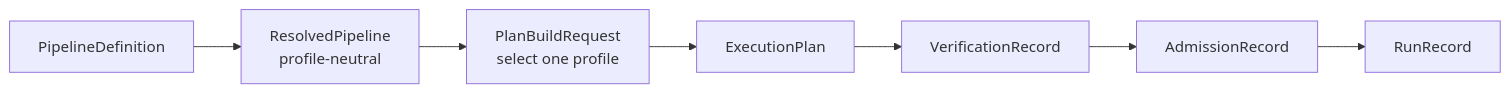
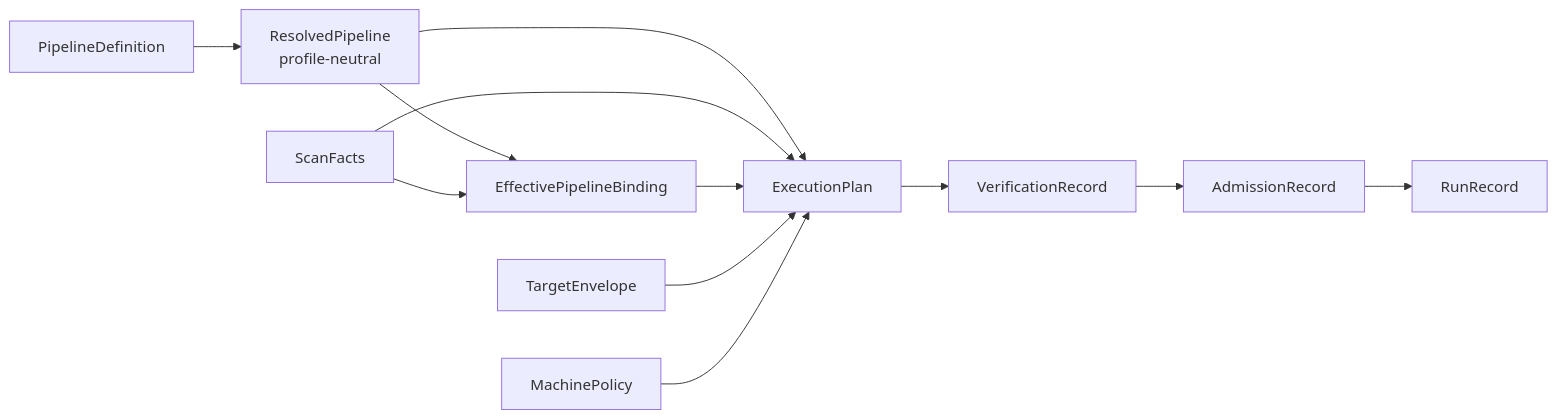
One commit to isqiwen/KSpaceJet changed the diagram in schemas/README.md. Above: the diagram before and after it, drawn with Mermaid. The commit also changed other lines of this file and 170 other files, not shown here.

````diff
--- a/schemas/README.md
+++ b/schemas/README.md
@@ -28,9 +29,14 @@
 ```mermaid
 flowchart LR
     PD[PipelineDefinition] --> RP[ResolvedPipeline\nprofile-neutral]
-    RP --> PBR[PlanBuildRequest\nselect one profile]
-    PBR --> EP[ExecutionPlan]
+    RP --> EB[EffectivePipelineBinding]
+    SF[ScanFacts] --> EB
+    RP --> EP[ExecutionPlan]
+    SF --> EP
+    EB --> EP
+    TE[TargetEnvelope] --> EP
+    MP[MachinePolicy] --> EP
     EP --> VR[VerificationRecord]
     VR --> AR[AdmissionRecord]
     AR --> RR[RunRecord]
 ```
````
